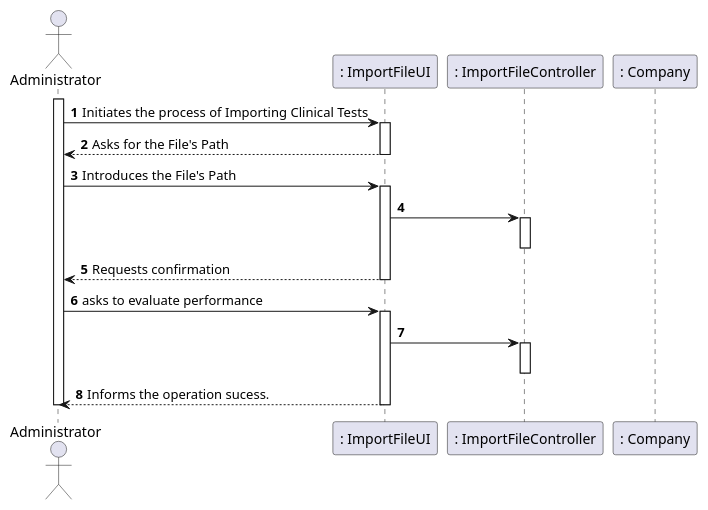
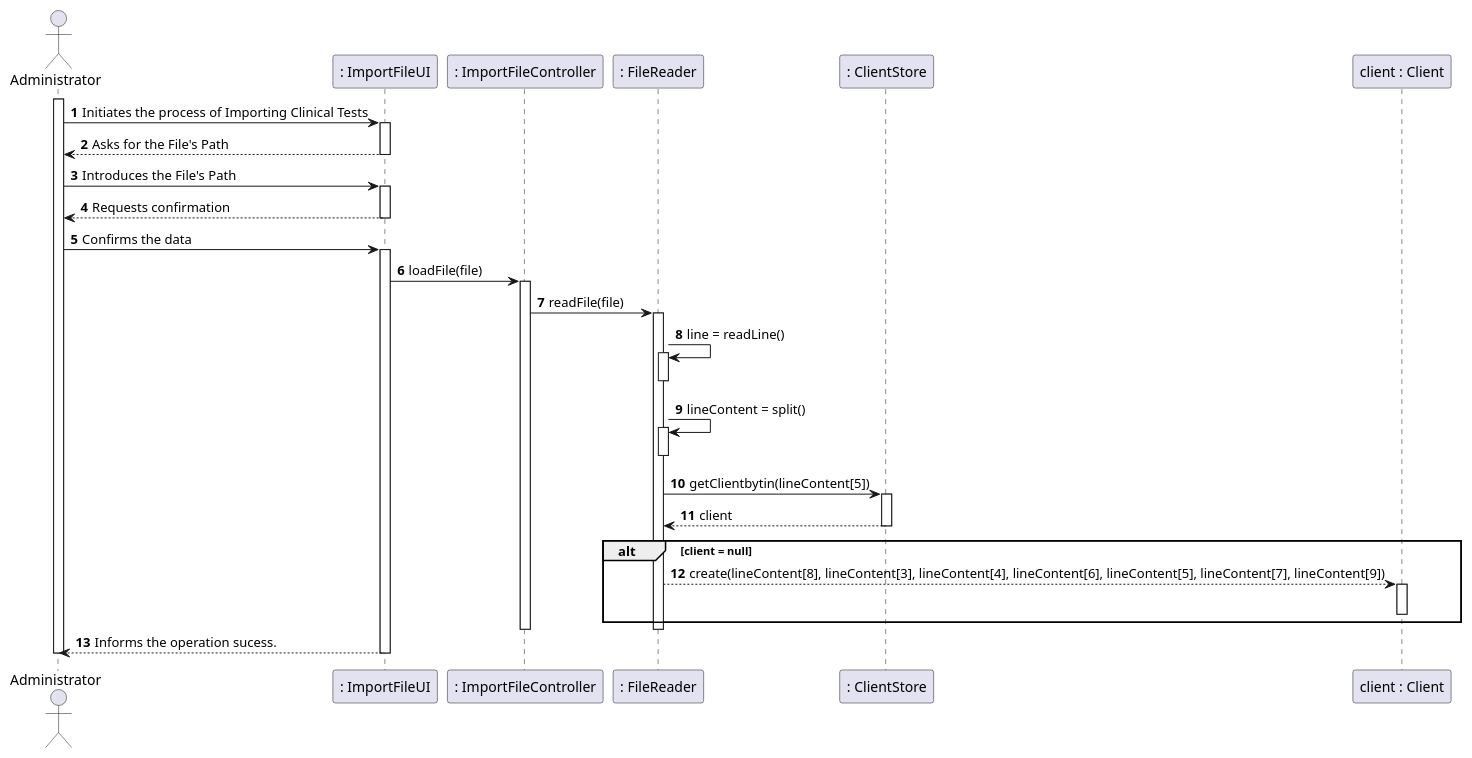
The diagram in docs/SprintD/US17/US17_SD.puml (manu-07-ela/LAPR2_ISEP), drawn with PlantUML before and after one commit. The commit also changed 9 other files, not shown here.

```diff
--- a/docs/SprintD/US17/US17_SD.puml
+++ b/docs/SprintD/US17/US17_SD.puml
@@ -1,36 +1,54 @@
 @startuml
 autonumber
 'hide footbox
 actor "Administrator" as ADMIN
 
 participant ": ImportFileUI" as UI
 participant ": ImportFileController" as CTRL
-participant ": Company" as COMP
+participant ": FileReader" as reader
+participant ": ClientStore" as clientStr
+participant "client : Client" as Client
 
 activate ADMIN
 ADMIN -> UI : Initiates the process of Importing Clinical Tests
 activate UI
 UI --> ADMIN : Asks for the File's Path
 deactivate UI
 
 ADMIN -> UI : Introduces the File's Path
 activate UI
-UI -> CTRL :
-activate CTRL
-deactivate CTRL
+
 UI --> ADMIN : Requests confirmation
 deactivate UI
 
-ADMIN -> UI : asks to evaluate performance
+ADMIN -> UI : Confirms the data
 activate UI
-UI -> CTRL :
+UI -> CTRL : loadFile(file)
 activate CTRL
+CTRL -> reader : readFile(file)
+activate reader
+reader -> reader : line = readLine()
+activate reader
+deactivate reader
+reader -> reader : lineContent = split()
+activate reader
+deactivate reader
+reader -> clientStr : getClientbytin(lineContent[5])
+activate clientStr
+clientStr --> reader : client
+deactivate clientStr
+alt client = null
+reader --> Client :  create(lineContent[8], lineContent[3], lineContent[4], lineContent[6], lineContent[5], lineContent[7], lineContent[9])
+activate Client
+deactivate Client
+end
+deactivate reader
 deactivate CTRL
 UI --> ADMIN : Informs the operation sucess.
 deactivate UI
 
 
 
 deactivate ADMIN
 
 @enduml
```
